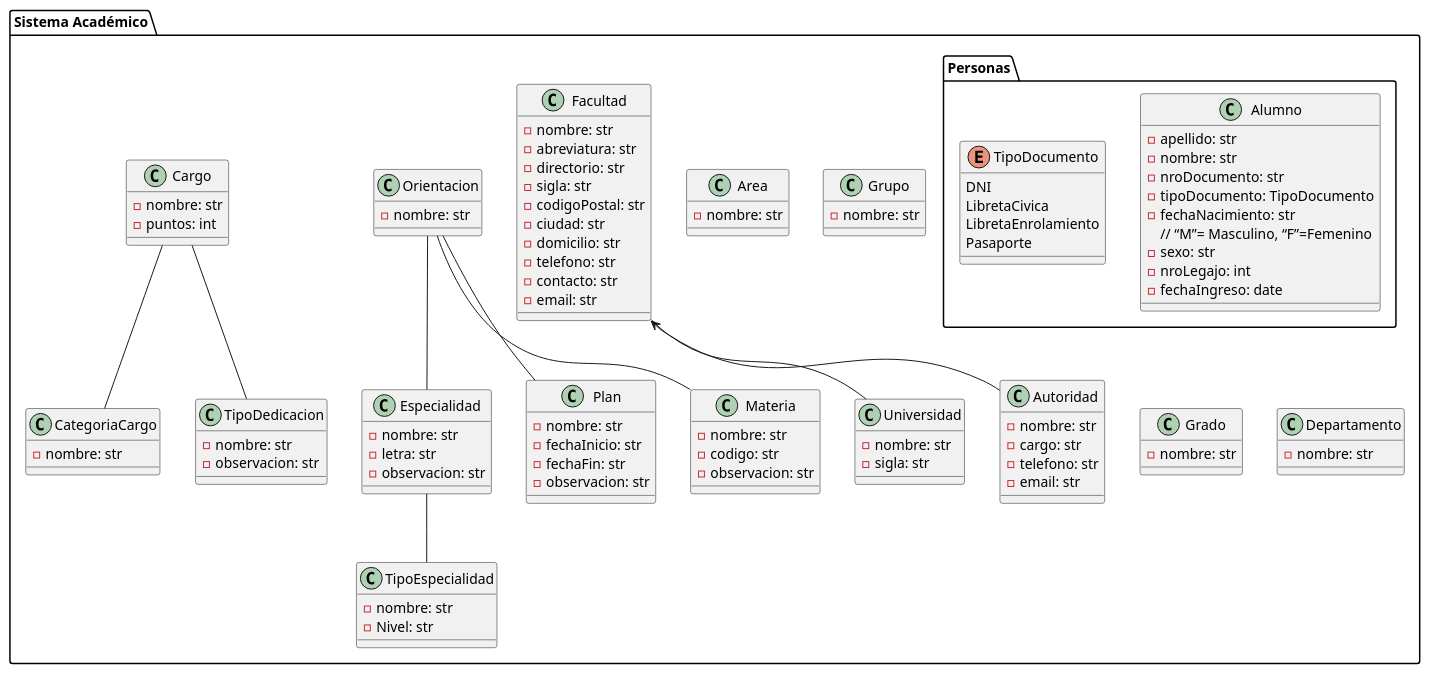
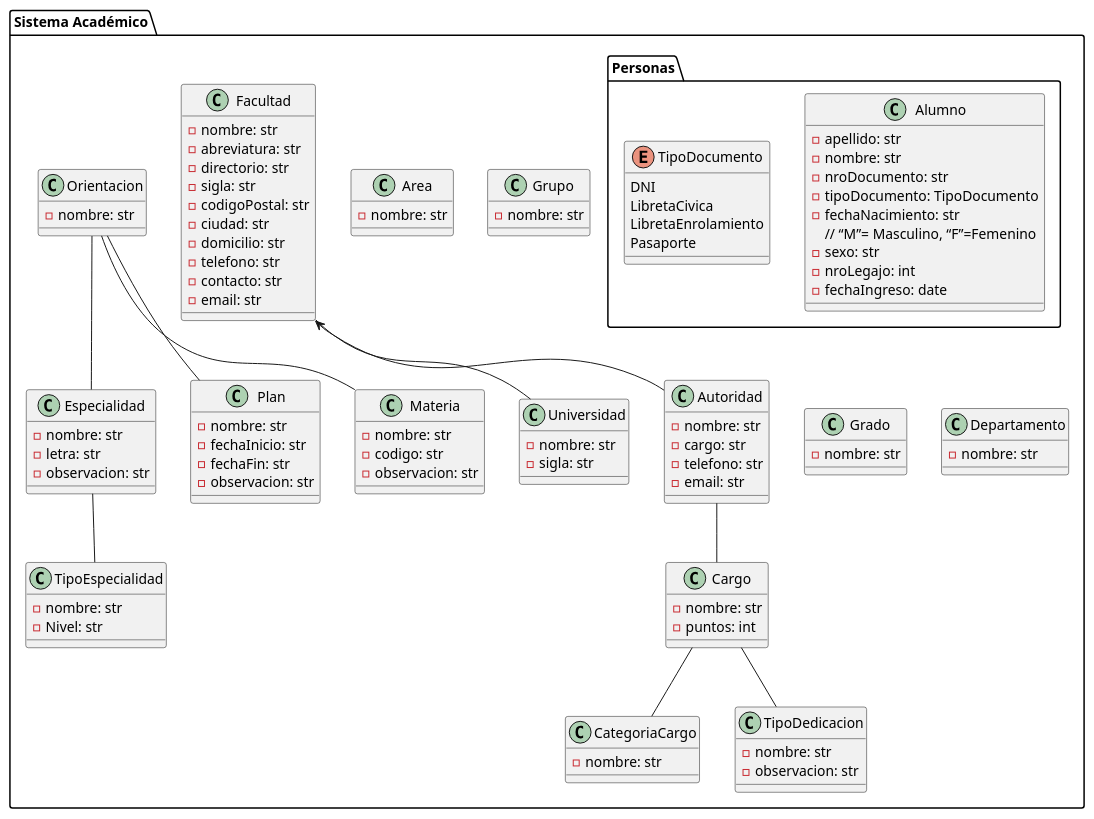
Before and after one commit to SebastianAguilera/Desarrollo__: the diagram in diagrama.puml, drawn with PlantUML. The commit also changed 19 other files, not shown here.

```diff
--- a/diagrama.puml
+++ b/diagrama.puml
@@ -1,118 +1,120 @@
 @startuml Diagrama de Clases de sysacad
 package "Sistema Académico"{
     package "Personas"{
         class Alumno {
             - apellido: str
             - nombre: str
             - nroDocumento: str
             - tipoDocumento: TipoDocumento
             - fechaNacimiento: str
             // “M”= Masculino, “F”=Femenino
             - sexo: str
             - nroLegajo: int
             - fechaIngreso: date
         }
 
         enum TipoDocumento {
             DNI
             LibretaCivica
             LibretaEnrolamiento
             Pasaporte
         }
     }
 
     class Universidad {
         -nombre: str
         -sigla: str
     }
 
     class Facultad {
         -nombre: str
         -abreviatura: str
         -directorio: str
         -sigla: str
         -codigoPostal: str
         -ciudad: str
         -domicilio: str
         -telefono: str
         -contacto: str
         -email: str
     }
 
     class Autoridad {
         -nombre: str
         -cargo: str
         -telefono: str
         -email: str
     }
 
     class Area {
         - nombre: str
     }
 
     class Especialidad {
         - nombre: str
         - letra: str
         - observacion: str
     }
 
     class TipoEspecialidad {
         - nombre: str
         - Nivel: str
     }
 
     class Grupo {
         - nombre: str
     }
 
     class Plan {
         - nombre: str
         - fechaInicio: str
         - fechaFin: str
         - observacion: str
     }
 
     class Orientacion {
         - nombre: str
     }
 
     class Grado {
         - nombre: str
     }
 
     class Cargo {
         - nombre: str
         - puntos: int
-        
+
     }
-    
+
     class CategoriaCargo {
         - nombre: str
-    } 
-   
+    }
+
+
     class Materia {
         - nombre: str
         - codigo: str
         - observacion: str
     }
 
     class TipoDedicacion {
         - nombre: str
         - observacion: str
     }
 
     class Departamento {
         - nombre: str
     }
 
 
     Orientacion -- Especialidad
     Orientacion -- Plan
     Orientacion -- Materia
     Especialidad -- TipoEspecialidad
     Facultad <-- Autoridad
     Facultad -- Universidad
+    Autoridad -- Cargo
     Cargo -- CategoriaCargo
     Cargo -- TipoDedicacion
 }
 @enduml
```
